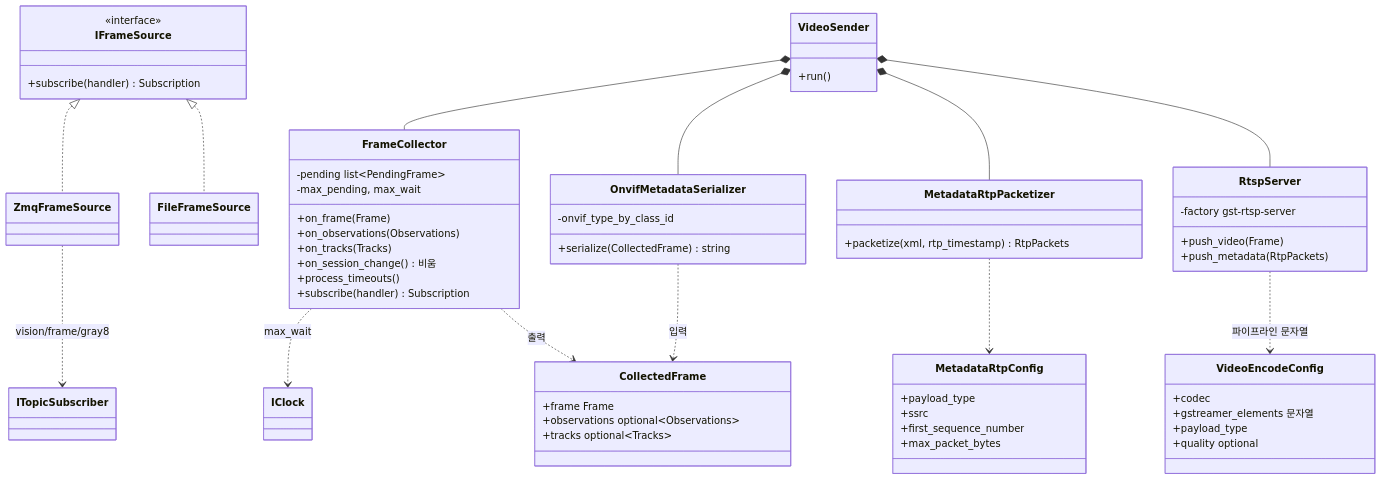
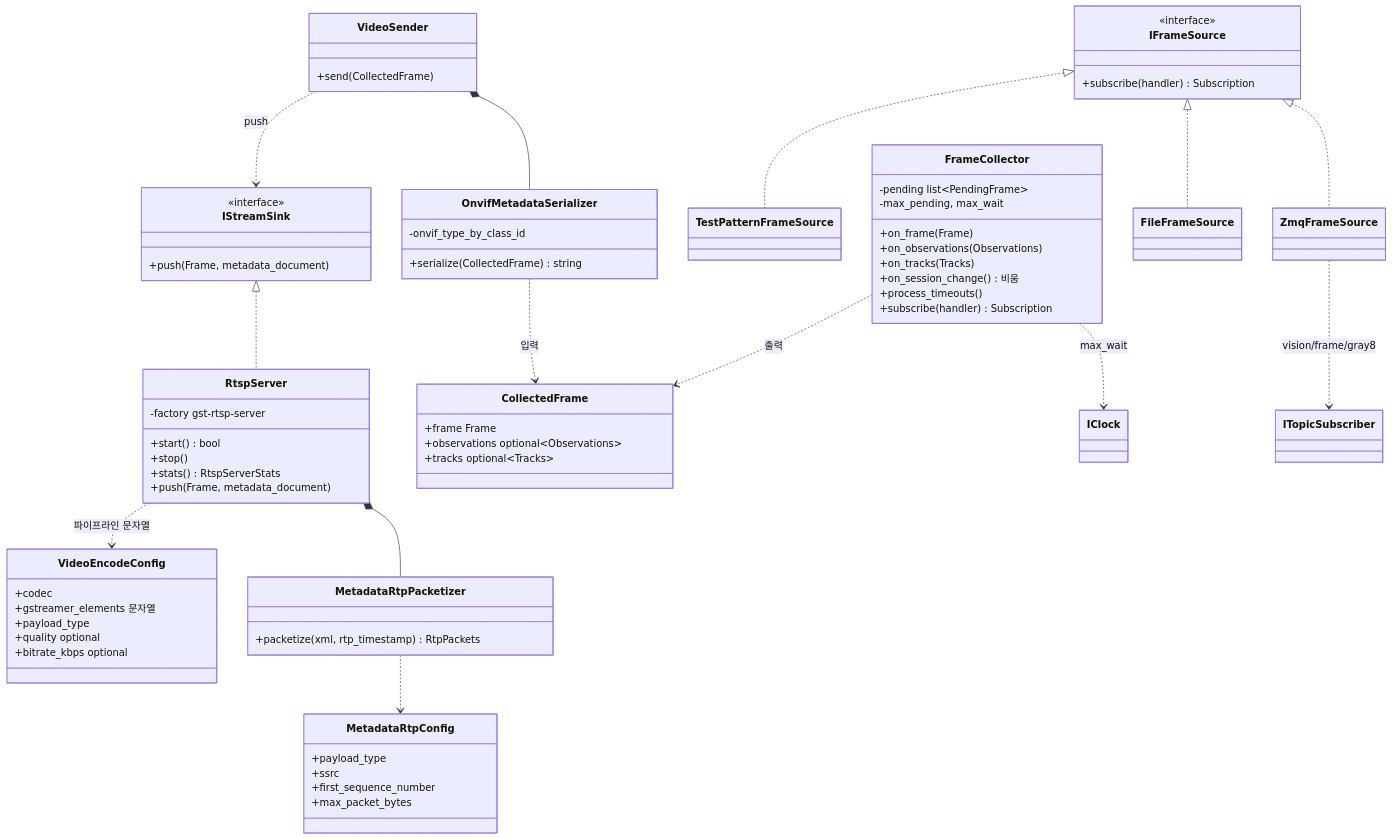
One commit to lig-argus/argus-edge-vision changed the first of 2 diagrams in docs/design/uml/class_video.md. Above: the diagram before and after it, drawn with Mermaid. The commit also changed other lines of this file and 30 other files, not shown here.

First line of the commit message:
feat(onboard): 영상 송신부에 RTSP 송신 추가 (RtspServer, VideoSender, 실행 파일) (#88)

````diff
--- a/docs/design/uml/class_video.md
+++ b/docs/design/uml/class_video.md
@@ -12,64 +12,73 @@
 ```mermaid
 classDiagram
     class IFrameSource {
         <<interface>>
         +subscribe(handler) Subscription
     }
     class ZmqFrameSource
     class FileFrameSource
+    class TestPatternFrameSource
     class FrameCollector {
         -pending list~PendingFrame~
         -max_pending, max_wait
         +on_frame(Frame)
         +on_observations(Observations)
         +on_tracks(Tracks)
         +on_session_change() 비움
         +process_timeouts()
         +subscribe(handler) Subscription
     }
     class CollectedFrame {
         +frame Frame
         +observations optional~Observations~
         +tracks optional~Tracks~
     }
     class OnvifMetadataSerializer {
         -onvif_type_by_class_id
         +serialize(CollectedFrame) string
     }
     class MetadataRtpPacketizer {
         +packetize(xml, rtp_timestamp) RtpPackets
     }
     class MetadataRtpConfig {
         +payload_type
         +ssrc
         +first_sequence_number
         +max_packet_bytes
     }
     class VideoEncodeConfig {
         +codec
         +gstreamer_elements 문자열
         +payload_type
         +quality optional
+        +bitrate_kbps optional
+    }
+    class IStreamSink {
+        <<interface>>
+        +push(Frame, metadata_document)
     }
     class RtspServer {
         -factory gst-rtsp-server
-        +push_video(Frame)
-        +push_metadata(RtpPackets)
+        +start() bool
+        +stop()
+        +stats() RtspServerStats
+        +push(Frame, metadata_document)
     }
     class VideoSender {
-        +run()
+        +send(CollectedFrame)
     }
 
     IFrameSource <|.. ZmqFrameSource
     IFrameSource <|.. FileFrameSource
+    IFrameSource <|.. TestPatternFrameSource
     ZmqFrameSource ..> ITopicSubscriber : vision/frame/gray8
     FrameCollector ..> IClock : max_wait
     FrameCollector ..> CollectedFrame : 출력
     OnvifMetadataSerializer ..> CollectedFrame : 입력
     MetadataRtpPacketizer ..> MetadataRtpConfig
-    VideoSender *-- FrameCollector
     VideoSender *-- OnvifMetadataSerializer
-    VideoSender *-- MetadataRtpPacketizer
-    VideoSender *-- RtspServer
+    IStreamSink <|.. RtspServer
+    VideoSender ..> IStreamSink : push
+    RtspServer *-- MetadataRtpPacketizer
     RtspServer ..> VideoEncodeConfig : 파이프라인 문자열
 ```
````
